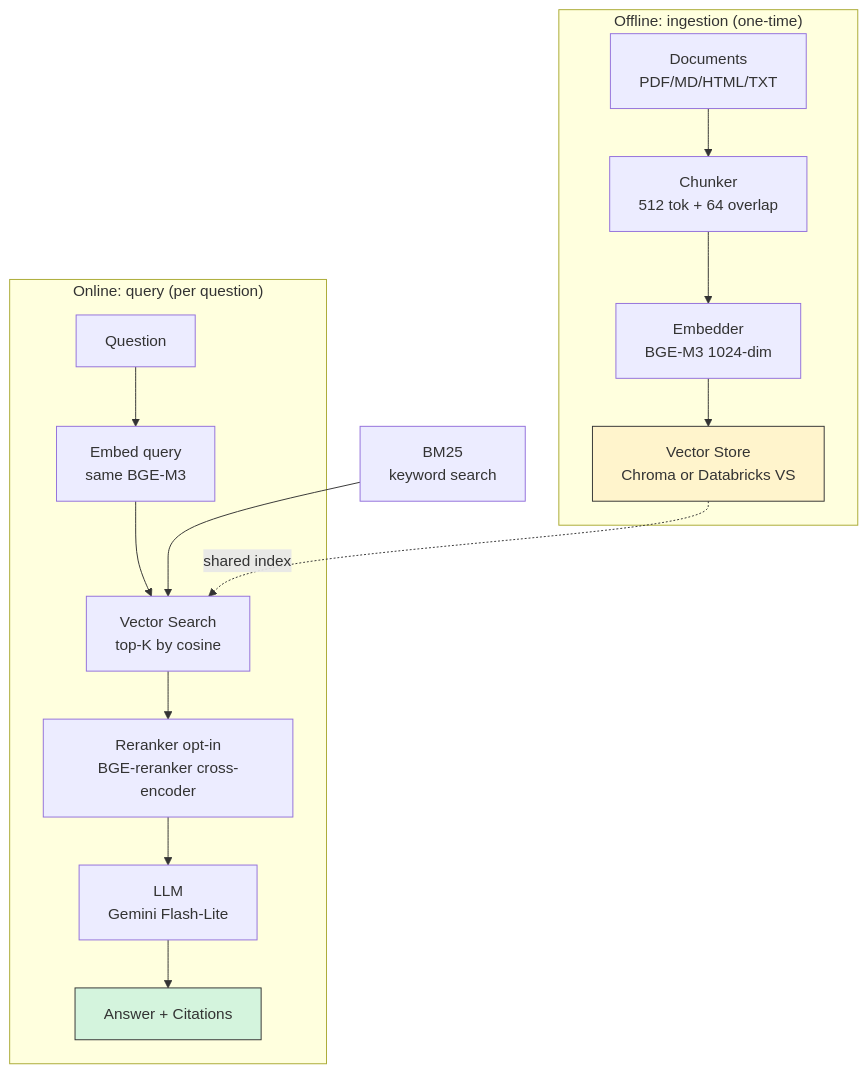
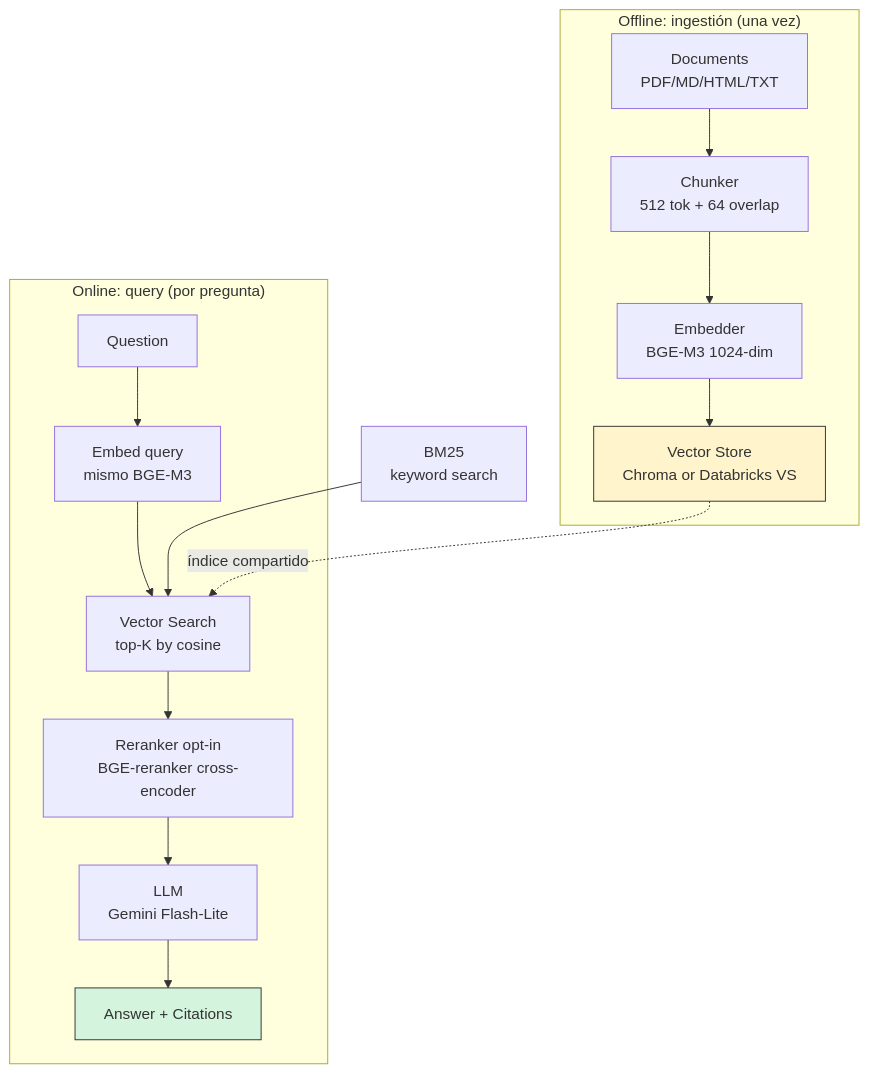
The diagram in docs/diagrams/architecture.md (franco18min/rag-docs), drawn with Mermaid before and after one commit. The commit also changed other lines of this file and 8 other files, not shown here.

````diff
--- a/docs/diagrams/architecture.md
+++ b/docs/diagrams/architecture.md
@@ -100,23 +100,23 @@
 ```mermaid
 flowchart TB
-    subgraph offline["Offline: ingestion (one-time)"]
+    subgraph offline["Offline: ingestión (una vez)"]
         A[Documents<br/>PDF/MD/HTML/TXT] --> B[Chunker<br/>512 tok + 64 overlap]
         B --> C[Embedder<br/>BGE-M3 1024-dim]
         C --> D[Vector Store<br/>Chroma or Databricks VS]
     end
 
-    subgraph online["Online: query (per question)"]
-        E[Question] --> F[Embed query<br/>same BGE-M3]
+    subgraph online["Online: query (por pregunta)"]
+        E[Question] --> F[Embed query<br/>mismo BGE-M3]
         F --> G[Vector Search<br/>top-K by cosine]
         G --> H[Reranker opt-in<br/>BGE-reranker cross-encoder]
         H --> I[LLM<br/>Gemini Flash-Lite]
         I --> J[Answer + Citations]
     end
 
-    D -. shared index .-> G
+    D -. índice compartido .-> G
 
     K[BM25<br/>keyword search] --> G
 
     style D fill:#fff4cc,stroke:#333
     style J fill:#d4f4dd,stroke:#333
 ```
````
